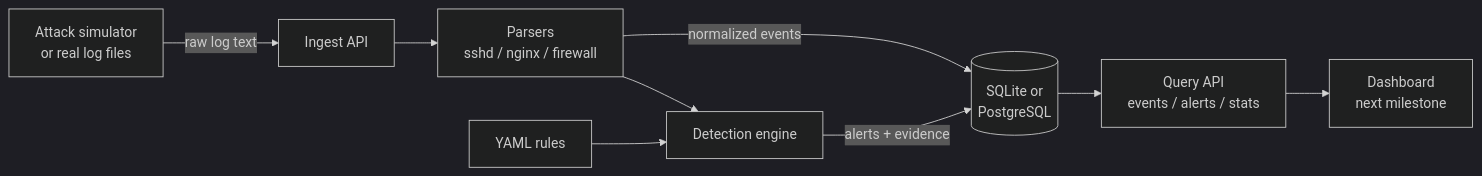
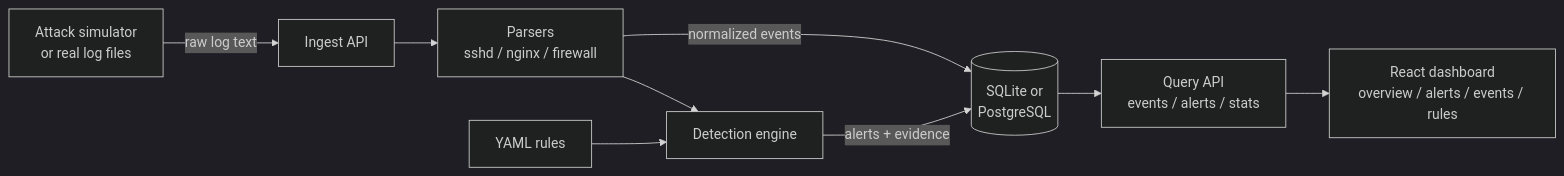
One commit to hxjdncnd/mini-siem changed the diagram in README.md. Above: the diagram before and after it, drawn with Mermaid (dark theme). The commit also changed other lines of this file and 34 other files, not shown here.

First line of the commit message:
Add React dashboard, Docker service and CI job

````diff
--- a/README.md
+++ b/README.md
@@ -23,11 +25,11 @@
 ```mermaid
 flowchart LR
     S[Attack simulator<br/>or real log files] -->|raw log text| I[Ingest API]
     I --> P[Parsers<br/>sshd / nginx / firewall]
     P -->|normalized events| DB[(SQLite or<br/>PostgreSQL)]
     P --> E[Detection engine]
     R[YAML rules] --> E
     E -->|alerts + evidence| DB
     DB --> A[Query API<br/>events / alerts / stats]
-    A --> D[Dashboard<br/>next milestone]
+    A --> D[React dashboard<br/>overview / alerts / events / rules]
 ```
````
